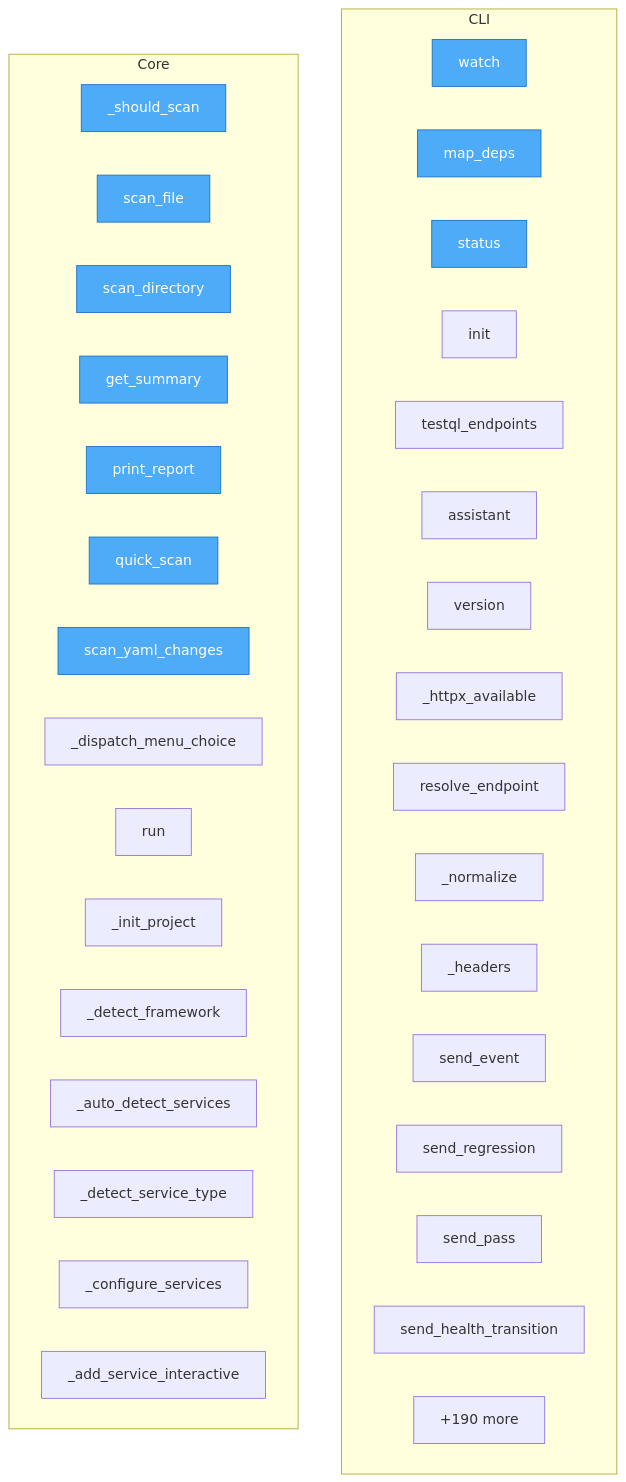
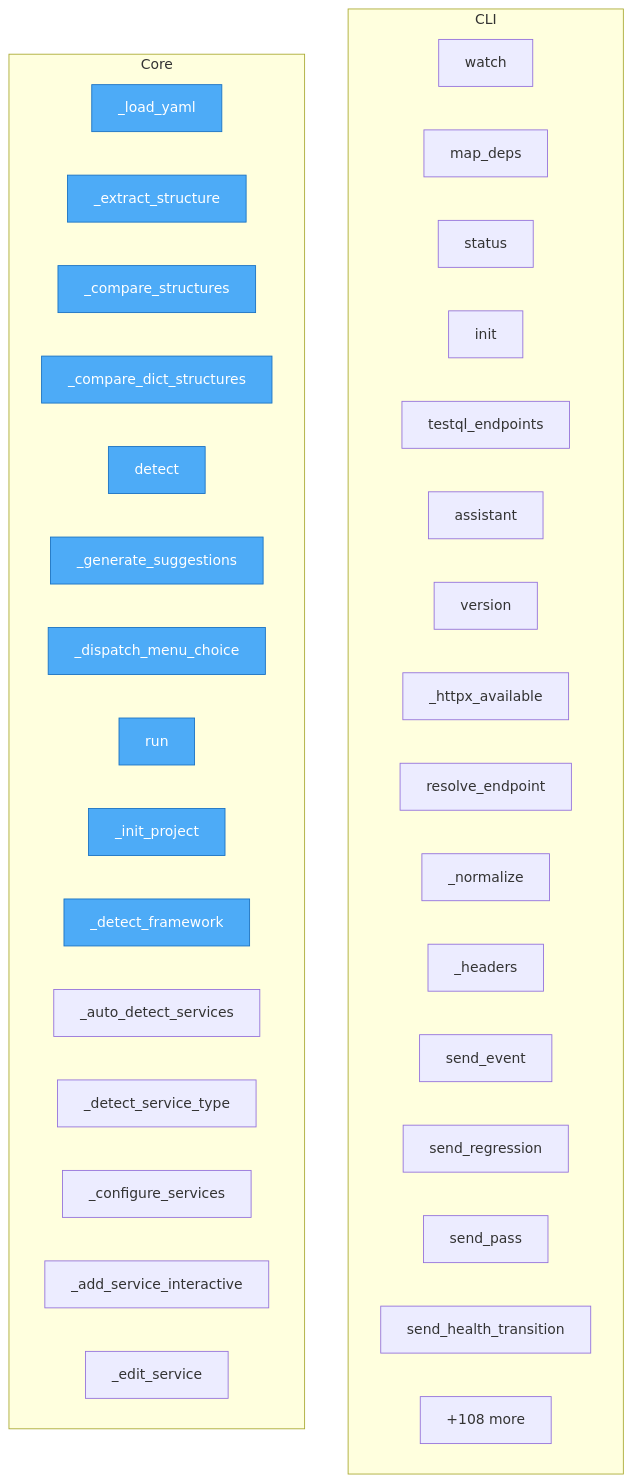
Before and after one commit to semcod/wup: the diagram in project/flow.mmd, drawn with Mermaid. The commit also changed 20 other files, not shown here.

```diff
--- a/project/flow.mmd
+++ b/project/flow.mmd
@@ -1,44 +1,45 @@
 flowchart TD
+%% generated in 0.01s
 
     %% Entry points (blue)
     classDef entry fill:#4dabf7,stroke:#1971c2,color:#fff
 
     subgraph CLI
         wup__cli__watch["watch"]
         wup__cli__map_deps["map_deps"]
         wup__cli__status["status"]
         wup__cli__init["init"]
         wup__cli__testql_endpoints["testql_endpoints"]
         wup__cli__assistant["assistant"]
         wup__cli__version["version"]
         wup__web_client___httpx_available["_httpx_available"]
         wup__web_client__resolve_endpoint["resolve_endpoint"]
         wup__web_client___normalize["_normalize"]
         wup__web_client__WebClient___headers["_headers"]
         wup__web_client__WebClient__send_event["send_event"]
         wup__web_client__WebClient__send_regression["send_regression"]
         wup__web_client__WebClient__send_pass["send_pass"]
         wup__web_client__WebClient__send_health_transition["send_health_transition"]
         ...["+1 more"]
     end
 
     subgraph Core
-        wup__anomaly_detector__AnomalyDetector___should_scan["_should_scan"]
-        wup__anomaly_detector__AnomalyDetector__scan_file["scan_file"]
-        wup__anomaly_detector__AnomalyDetector__scan_directory["scan_directory"]
-        wup__anomaly_detector__AnomalyDetector__get_summary["get_summary"]
-        wup__anomaly_detector__AnomalyDetector__print_report["print_report"]
-        wup__anomaly_detector__quick_scan["quick_scan"]
-        wup__anomaly_detector__scan_yaml_changes["scan_yaml_changes"]
+        wup___yaml_detector__YAMLStructureDetector___load_yaml["_load_yaml"]
+        wup___yaml_detector__YAMLStructureDetector___extract_structure["_extract_structure"]
+        wup___yaml_detector__YAMLStructureDetector___compare_structures["_compare_structures"]
+        wup___yaml_detector__YAMLStructureDetector___compare_dict_structures["_compare_dict_structures"]
+        wup___yaml_detector__YAMLStructureDetector__detect["detect"]
+        wup___yaml_detector__YAMLStructureDetector___generate_suggestions["_generate_suggestions"]
         wup__assistant__WupAssistant___dispatch_menu_choice["_dispatch_menu_choice"]
         wup__assistant__WupAssistant__run["run"]
         wup__assistant__WupAssistant___init_project["_init_project"]
         wup__assistant__WupAssistant___detect_framework["_detect_framework"]
         wup__assistant__WupAssistant___auto_detect_services["_auto_detect_services"]
         wup__assistant__WupAssistant___detect_service_type["_detect_service_type"]
         wup__assistant__WupAssistant___configure_services["_configure_services"]
         wup__assistant__WupAssistant___add_service_interactive["_add_service_interactive"]
-        ...["+190 more"]
+        wup__assistant__WupAssistant___edit_service["_edit_service"]
+        ...["+108 more"]
     end
 
-    class wup__anomaly_detector__AnomalyDetector___should_scan,wup__anomaly_detector__AnomalyDetector__scan_file,wup__anomaly_detector__AnomalyDetector__scan_directory,wup__anomaly_detector__AnomalyDetector__get_summary,wup__anomaly_detector__AnomalyDetector__print_report,wup__anomaly_detector__quick_scan,wup__anomaly_detector__scan_yaml_changes,wup__cli__watch,wup__cli__map_deps,wup__cli__status entry
+    class wup___yaml_detector__YAMLStructureDetector___load_yaml,wup___yaml_detector__YAMLStructureDetector___extract_structure,wup___yaml_detector__YAMLStructureDetector___compare_structures,wup___yaml_detector__YAMLStructureDetector___compare_dict_structures,wup___yaml_detector__YAMLStructureDetector__detect,wup___yaml_detector__YAMLStructureDetector___generate_suggestions,wup__assistant__WupAssistant___dispatch_menu_choice,wup__assistant__WupAssistant__run,wup__assistant__WupAssistant___init_project,wup__assistant__WupAssistant___detect_framework entry
```
